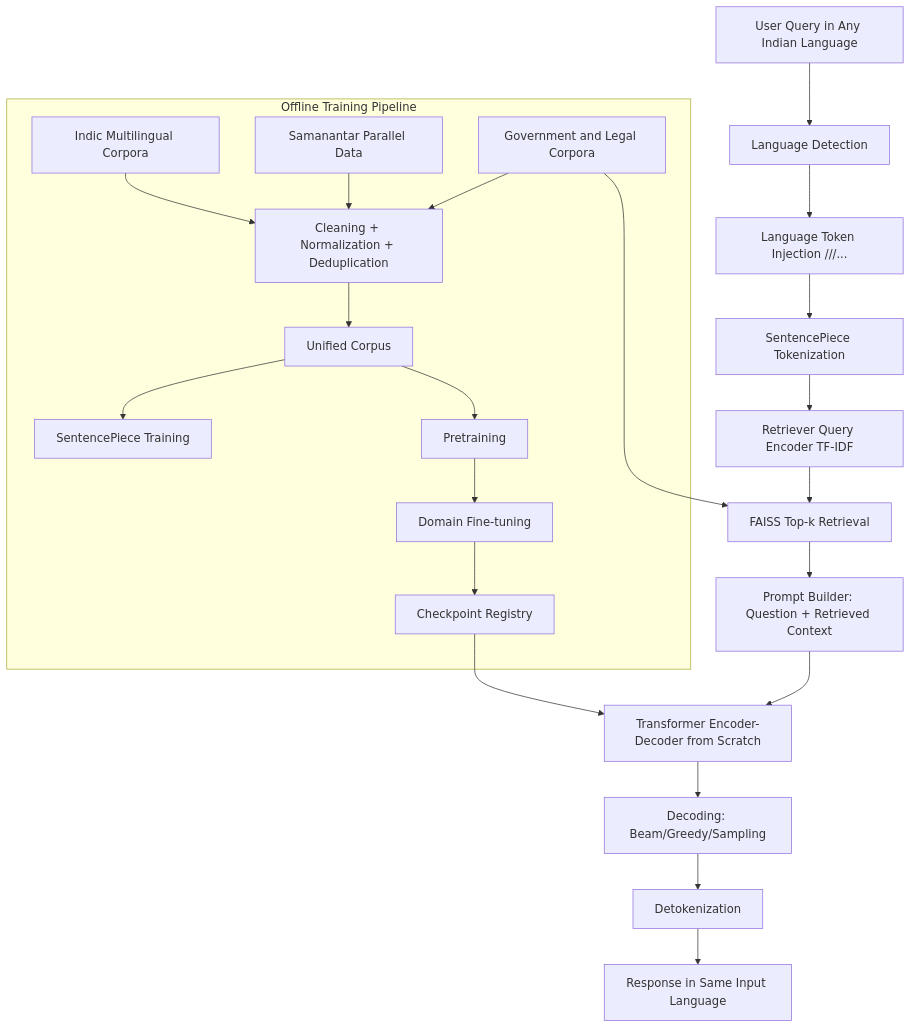
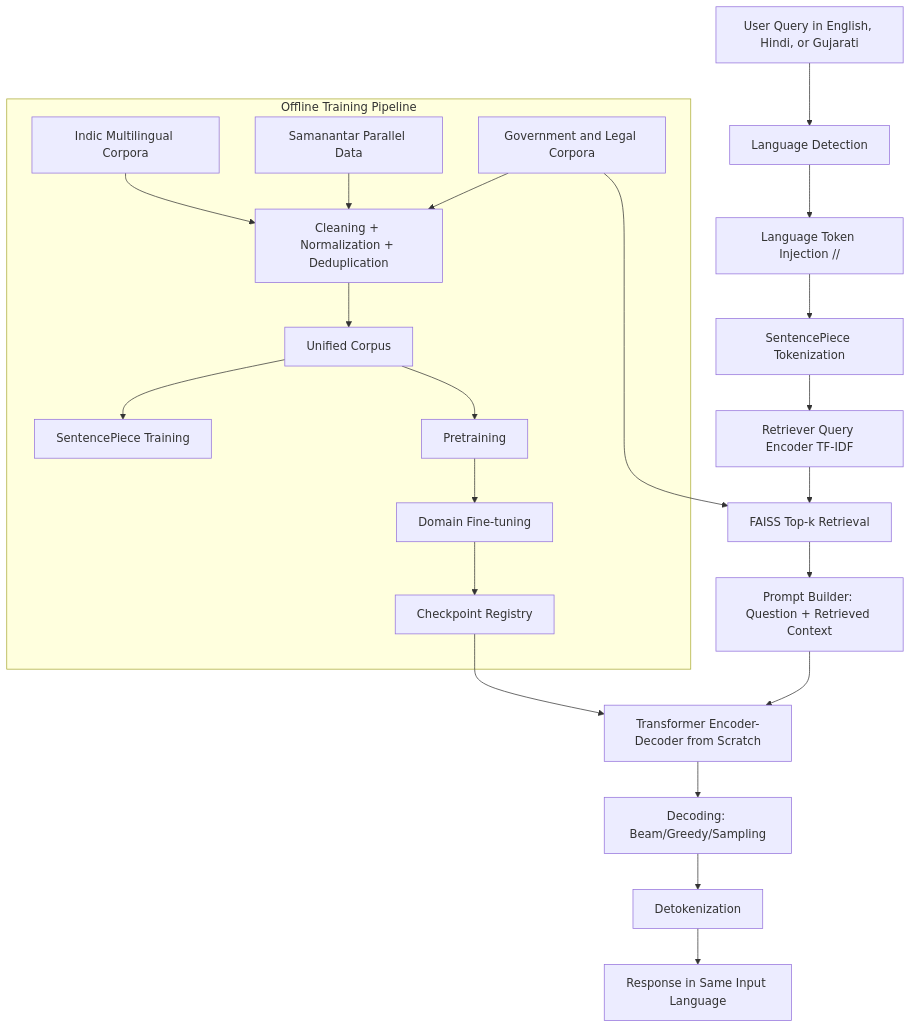
The diagram in docs/architecture_methodology.md (JiguDev/nlp_project), drawn with Mermaid before and after one commit. The commit also changed other lines of this file and 13 other files, not shown here.

````diff
--- a/docs/architecture_methodology.md
+++ b/docs/architecture_methodology.md
@@ -5,37 +5,37 @@
 ```mermaid
 flowchart TD
-    A[User Query in Any Indian Language] --> B[Language Detection]
-    B --> C[Language Token Injection <hi>/<gu>/<ta>/...]
+  A[User Query in English, Hindi, or Gujarati] --> B[Language Detection]
+  B --> C[Language Token Injection <en>/<hi>/<gu>]
     C --> D[SentencePiece Tokenization]
     D --> E[Retriever Query Encoder TF-IDF]
     E --> F[FAISS Top-k Retrieval]
     F --> G[Prompt Builder: Question + Retrieved Context]
     G --> H[Transformer Encoder-Decoder from Scratch]
     H --> I[Decoding: Beam/Greedy/Sampling]
     I --> J[Detokenization]
     J --> K[Response in Same Input Language]
 
     subgraph Offline Training Pipeline
       L[Indic Multilingual Corpora]
       M[Samanantar Parallel Data]
       N[Government and Legal Corpora]
       O[Cleaning + Normalization + Deduplication]
       P[Unified Corpus]
       Q[SentencePiece Training]
       R[Pretraining]
       S[Domain Fine-tuning]
       T[Checkpoint Registry]
 
       L --> O
       M --> O
       N --> O
       O --> P
       P --> Q
       P --> R
       R --> S
       S --> T
     end
 
     T --> H
     N --> F
 ```
````
